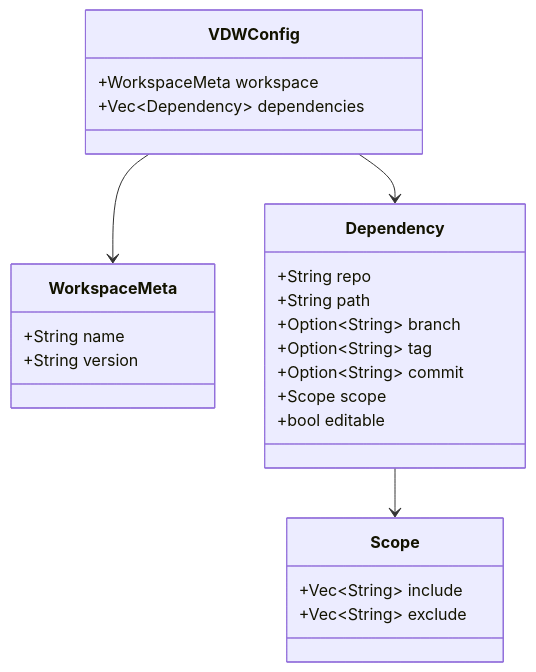
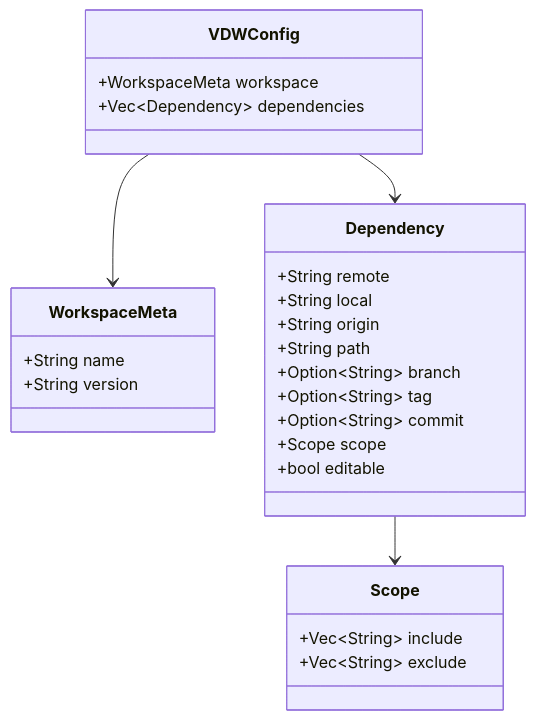
One commit to HWH-2019/vdw changed the third of 12 diagrams in .qoder/repowiki/en/content/Core Features Documentation/Core Features Documentation.md. Above: the diagram before and after it, drawn with Mermaid. The commit also changed other lines of this file and 20 other files, not shown here.

````diff
--- a/.qoder/repowiki/en/content/Core Features Documentation/Core Features Documentation.md
+++ b/.qoder/repowiki/en/content/Core Features Documentation/Core Features Documentation.md
@@ -215,27 +228,29 @@
 ```mermaid
 classDiagram
 class VDWConfig {
 +WorkspaceMeta workspace
 +Vec~Dependency~ dependencies
 }
 class WorkspaceMeta {
 +String name
 +String version
 }
 class Dependency {
-+String repo
++String remote
++String local
++String origin
 +String path
 +Option~String~ branch
 +Option~String~ tag
 +Option~String~ commit
 +Scope scope
 +bool editable
 }
 class Scope {
 +Vec~String~ include
 +Vec~String~ exclude
 }
 VDWConfig --> WorkspaceMeta
 VDWConfig --> Dependency
 Dependency --> Scope
 ```
````
